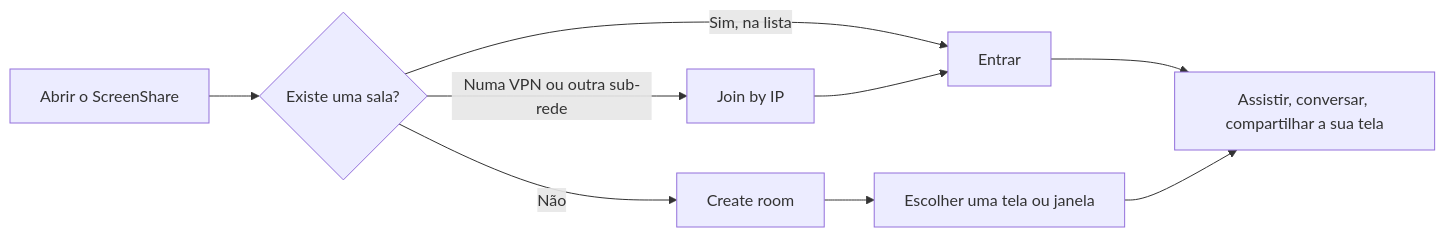
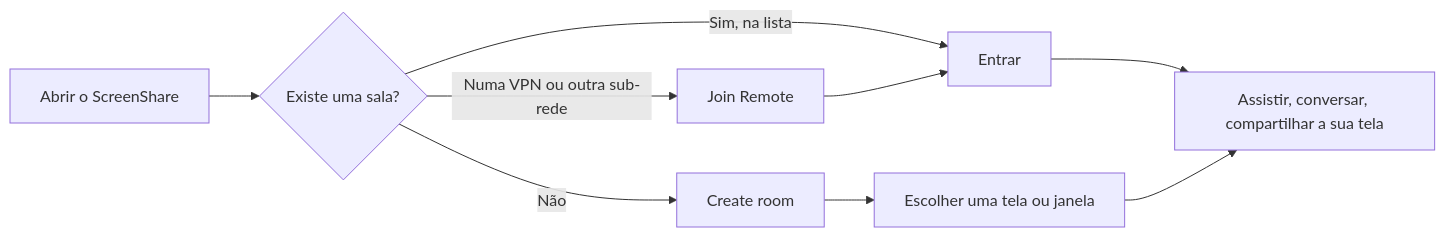
The diagram in docs/pt-BR/user-guide.md (nsfxu/lan-screenshare), drawn with Mermaid before and after one commit. The commit also changed other lines of this file and 44 other files, not shown here.

````diff
--- a/docs/pt-BR/user-guide.md
+++ b/docs/pt-BR/user-guide.md
@@ -31,9 +31,9 @@
 ```mermaid
 flowchart LR
   A["Abrir o ScreenShare"] --> B{"Existe uma sala?"}
   B -->|"Sim, na lista"| C["Entrar"]
-  B -->|"Numa VPN ou outra sub-rede"| D["Join by IP"] --> C
+  B -->|"Numa VPN ou outra sub-rede"| D["Join Remote"] --> C
   B -->|"Não"| E["Create room"] --> F["Escolher uma tela ou janela"]
   C --> G["Assistir, conversar, compartilhar a sua tela"]
   F --> G
 ```
````
